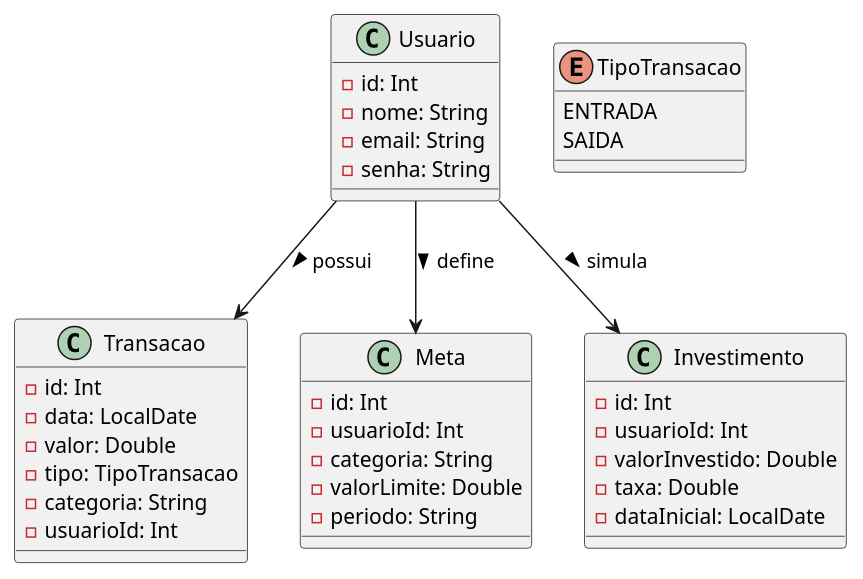
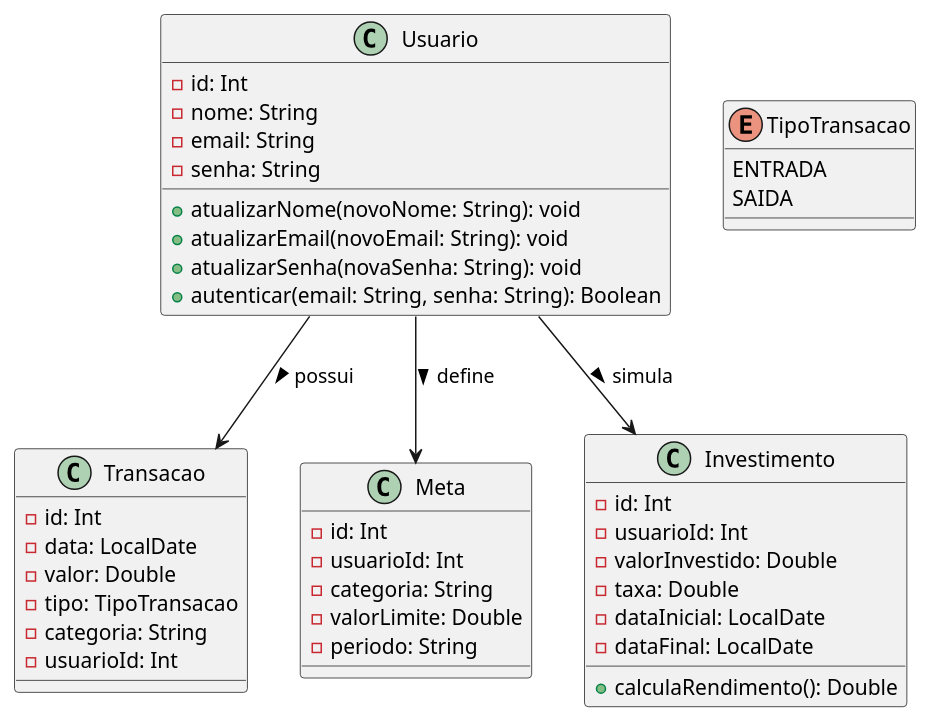
The diagram in docs/diagrama.puml (mac0350-financas/financas), drawn with PlantUML before and after one commit.

Commit message:
chore: updating class diagram

```diff
--- a/docs/diagrama.puml
+++ b/docs/diagrama.puml
@@ -1,44 +1,51 @@
-@startuml
+@startuml name
 
 class Usuario {
     - id: Int
     - nome: String
     - email: String
     - senha: String
+    + atualizarNome(novoNome: String): void
+    + atualizarEmail(novoEmail: String): void
+    + atualizarSenha(novaSenha: String): void
+    + autenticar(email: String, senha: String): Boolean
 }
 
 class Transacao {
     - id: Int
     - data: LocalDate
     - valor: Double
     - tipo: TipoTransacao
     - categoria: String
     - usuarioId: Int
 }
 
 enum TipoTransacao {
     ENTRADA
     SAIDA
 }
 
 class Meta {
     - id: Int
     - usuarioId: Int
     - categoria: String
     - valorLimite: Double
     - periodo: String
 }
 
 class Investimento {
     - id: Int
     - usuarioId: Int
     - valorInvestido: Double
     - taxa: Double
     - dataInicial: LocalDate
+    - dataFinal: LocalDate
+    + calculaRendimento(): Double
+
 }
 
 Usuario --> Transacao : possui >
 Usuario --> Meta : define >
 Usuario --> Investimento : simula >
 
 @enduml
```
